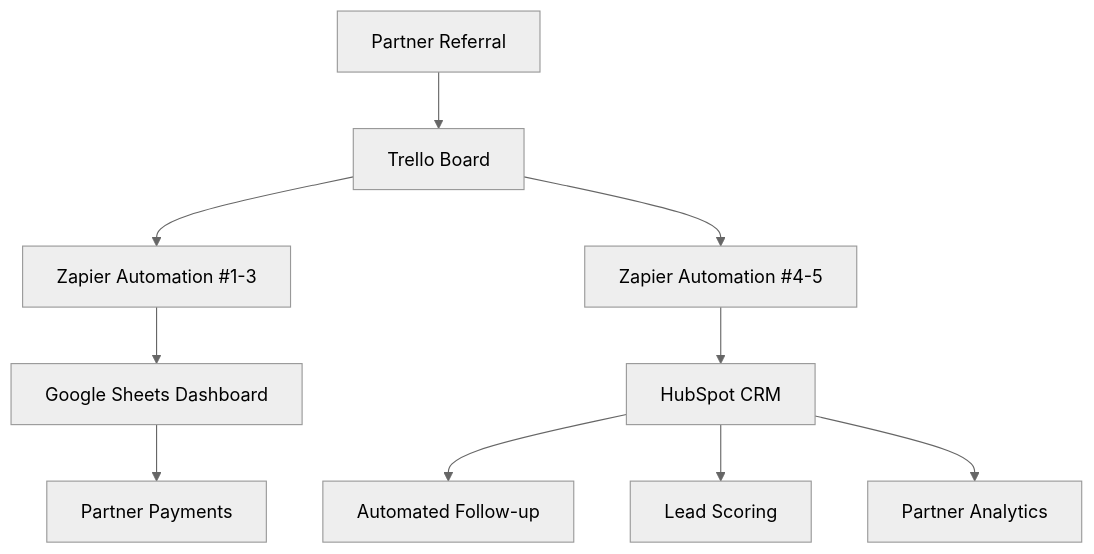
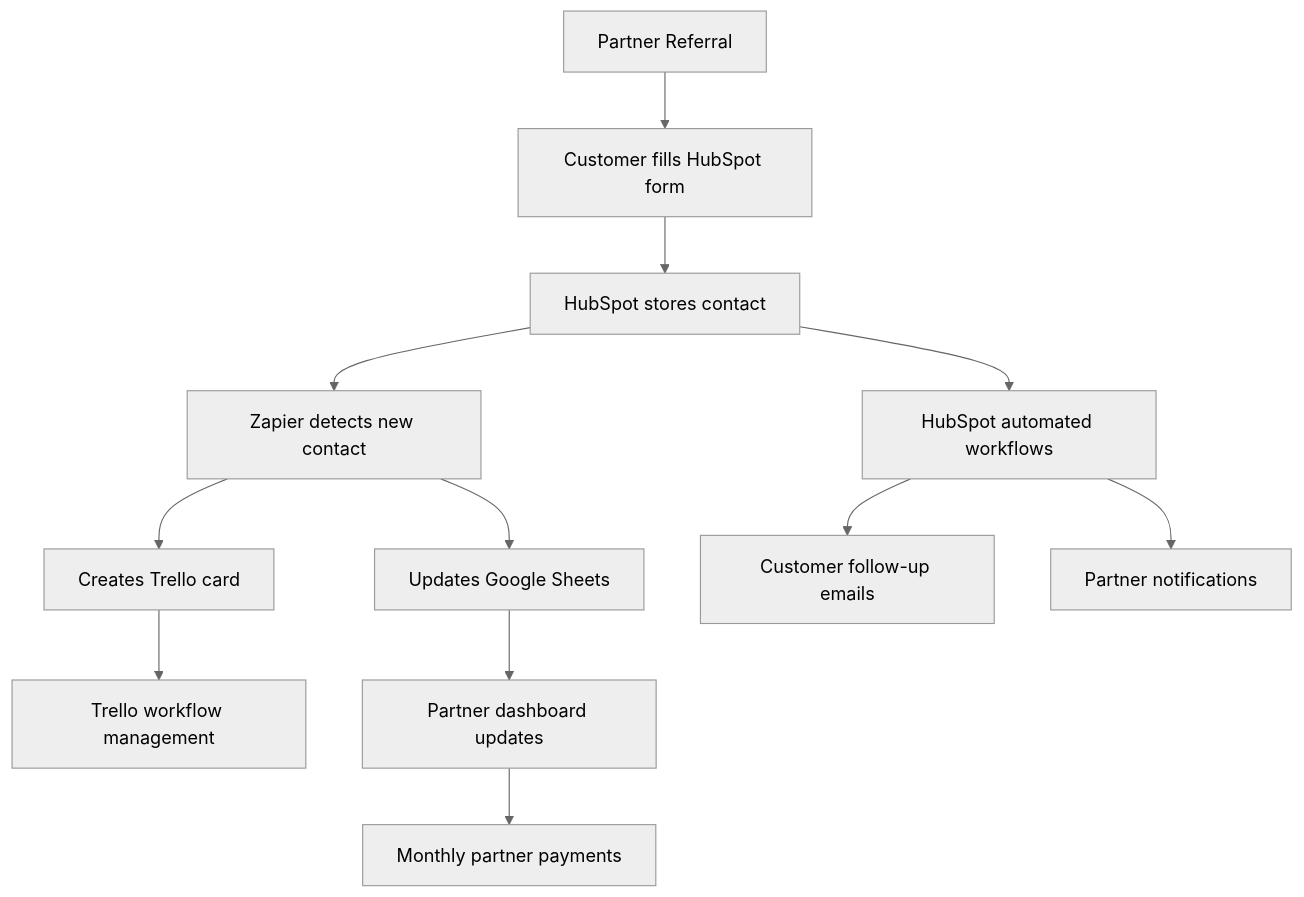
Before and after one commit to szemkoff/azurecharters: the diagram in docs/integration/system-architecture.md, drawn with Mermaid (neutral theme). The commit also changed other lines of this file and 8 other files, not shown here.

First line of the commit message:
Simplify HubSpot integration: Remove API approach, use manual setup

````diff
--- a/docs/integration/system-architecture.md
+++ b/docs/integration/system-architecture.md
@@ -14,12 +14,14 @@
 ```mermaid
 graph TD
-    A[Partner Referral] --> B[Trello Board]
-    B --> C[Zapier Automation #1-3]
-    B --> D[Zapier Automation #4-5]
-    C --> E[Google Sheets Dashboard]
-    D --> F[HubSpot CRM]
-    E --> G[Partner Payments]
-    F --> H[Automated Follow-up]
-    F --> I[Lead Scoring]
-    F --> J[Partner Analytics]
+    A[Partner Referral] --> B[Customer fills HubSpot form]
+    B --> C[HubSpot stores contact]
+    C --> D[Zapier detects new contact]
+    D --> E[Creates Trello card]
+    D --> F[Updates Google Sheets]
+    E --> G[Trello workflow management]
+    F --> H[Partner dashboard updates]
+    C --> I[HubSpot automated workflows]
+    I --> J[Customer follow-up emails]
+    I --> K[Partner notifications]
+    H --> L[Monthly partner payments]
 ```
````
